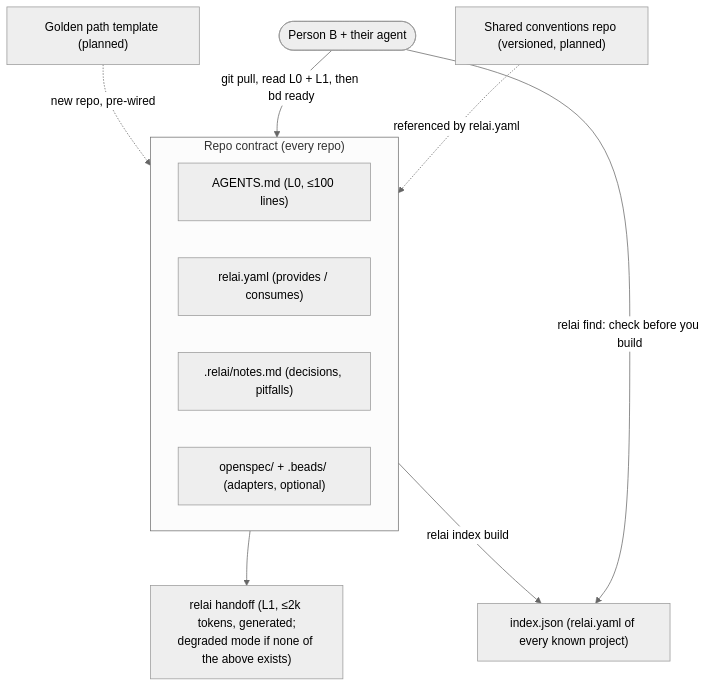
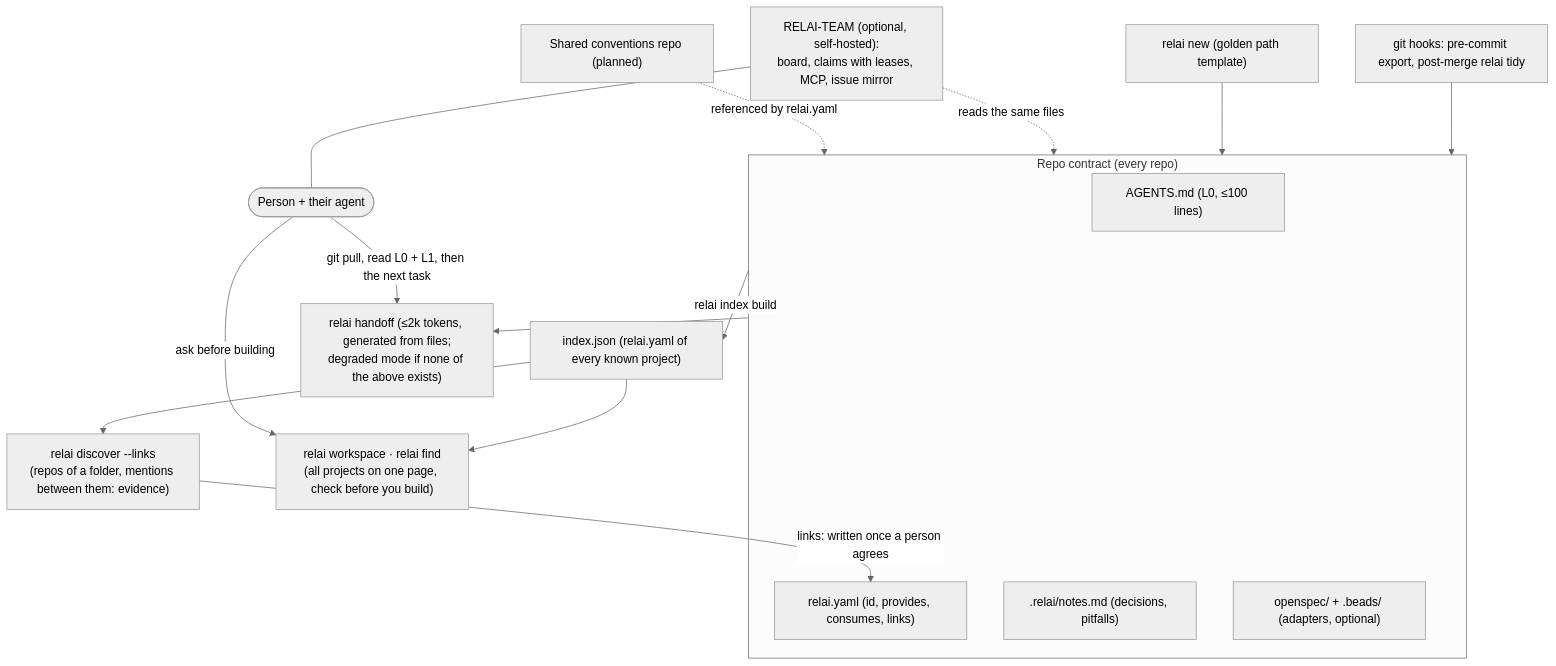
One commit to ECG-Rudy-Glt/RELAI changed the diagram in README.md. Above: the diagram before and after it, drawn with Mermaid (neutral theme). The commit also changed other lines of this file and 3 other files, not shown here.

Commit message:
docs: refresh the architecture diagram and the README (links, workspace, hooks, new, optional board)

````diff
--- a/README.md
+++ b/README.md
@@ -39,17 +41,25 @@
 ```mermaid
 flowchart TB
   subgraph repo["Repo contract (every repo)"]
     agents["AGENTS.md (L0, ≤100 lines)"]
-    manifest["relai.yaml (provides / consumes)"]
+    manifest["relai.yaml (id, provides, consumes, links)"]
     notes[".relai/notes.md (decisions, pitfalls)"]
     specs["openspec/ + .beads/ (adapters, optional)"]
   end
-  handoff["relai handoff (L1, ≤2k tokens, generated;<br/>degraded mode if none of the above exists)"]
+  handoff["relai handoff (≤2k tokens, generated from files;<br/>degraded mode if none of the above exists)"]
   repo --> handoff
-  conv["Shared conventions repo (versioned, planned)"] -. "referenced by relai.yaml" .-> repo
   index["index.json (relai.yaml of every known project)"]
   repo -- "relai index build" --> index
-  person(["Person B + their agent"]) -- "git pull, read L0 + L1, then bd ready" --> repo
-  person -- "relai find: check before you build" --> index
-  tpl["Golden path template (planned)"] -. "new repo, pre-wired" .-> repo
+  view["relai workspace · relai find<br/>(all projects on one page, check before you build)"]
+  index --> view
+  disc["relai discover --links<br/>(repos of a folder, mentions between them: evidence)"]
+  index --> disc
+  disc -- "links: written once a person agrees" --> manifest
+  hooks["git hooks: pre-commit export, post-merge relai tidy"] --> repo
+  tpl["relai new (golden path template)"] --> repo
+  person(["Person + their agent"]) -- "git pull, read L0 + L1, then the next task" --> handoff
+  person -- "ask before building" --> view
+  team["RELAI-TEAM (optional, self-hosted):<br/>board, claims with leases, MCP, issue mirror"] -. "reads the same files" .-> repo
+  team --- person
+  conv["Shared conventions repo (planned)"] -. "referenced by relai.yaml" .-> repo
 ```
````
